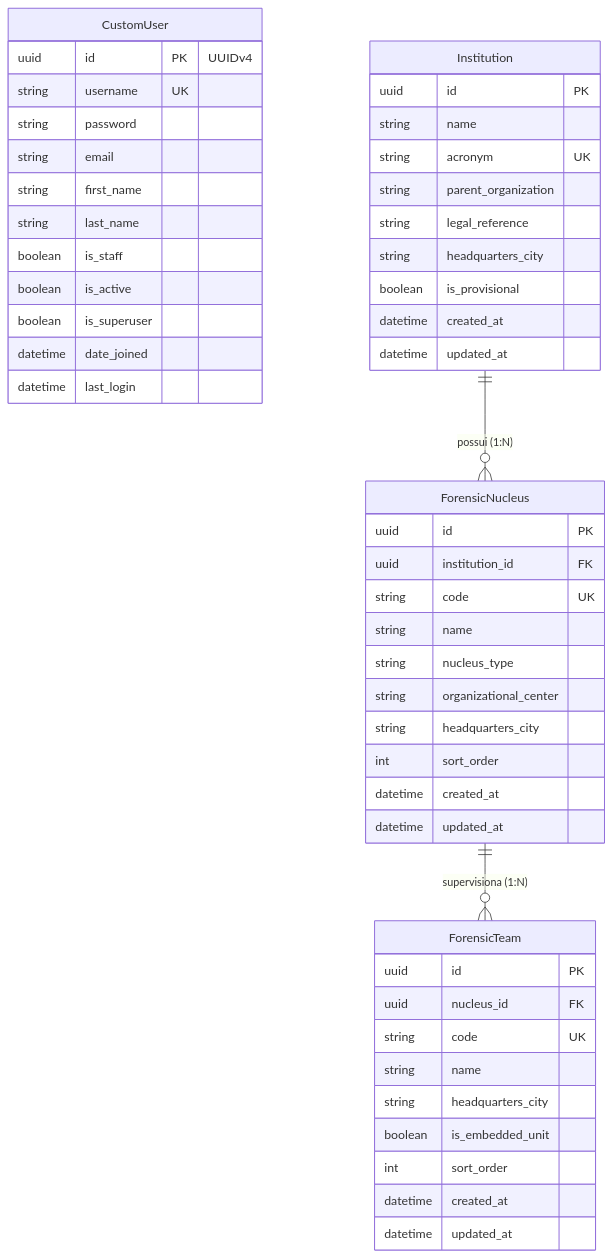
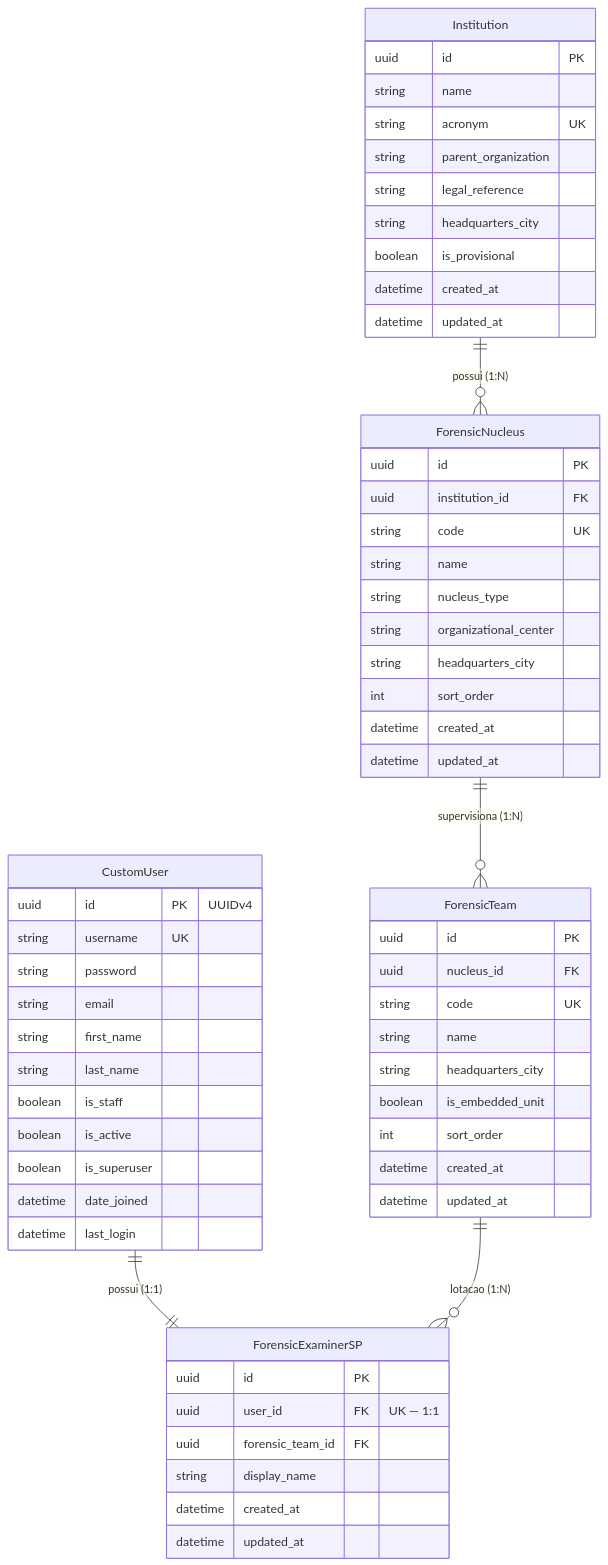
The first of 2 diagrams in docs/architecture/02-data-model.md (PeritoCriminal/reportline), drawn with Mermaid before and after one commit. The commit also changed other lines of this file and 26 other files, not shown here.

First line of the commit message:
feat(profiles): implementar ForensicExaminerSP e documentar app

````diff
--- a/docs/architecture/02-data-model.md
+++ b/docs/architecture/02-data-model.md
@@ -17,56 +18,67 @@
 ```mermaid
 erDiagram
     CustomUser {
         uuid id PK "UUIDv4"
         string username UK
         string password
         string email
         string first_name
         string last_name
         boolean is_staff
         boolean is_active
         boolean is_superuser
         datetime date_joined
         datetime last_login
     }
 
     Institution {
         uuid id PK
         string name
         string acronym UK
         string parent_organization
         string legal_reference
         string headquarters_city
         boolean is_provisional
         datetime created_at
         datetime updated_at
     }
 
     ForensicNucleus {
         uuid id PK
         uuid institution_id FK
         string code UK
         string name
         string nucleus_type
         string organizational_center
         string headquarters_city
         int sort_order
         datetime created_at
         datetime updated_at
     }
 
     ForensicTeam {
         uuid id PK
         uuid nucleus_id FK
         string code UK
         string name
         string headquarters_city
         boolean is_embedded_unit
         int sort_order
         datetime created_at
         datetime updated_at
     }
 
+    ForensicExaminerSP {
+        uuid id PK
+        uuid user_id FK "UK — 1:1"
+        uuid forensic_team_id FK
+        string display_name
+        datetime created_at
+        datetime updated_at
+    }
+
     Institution ||--o{ ForensicNucleus : "possui (1:N)"
     ForensicNucleus ||--o{ ForensicTeam : "supervisiona (1:N)"
+    CustomUser ||--|| ForensicExaminerSP : "possui (1:1)"
+    ForensicTeam ||--o{ ForensicExaminerSP : "lotacao (1:N)"
 ```
````
